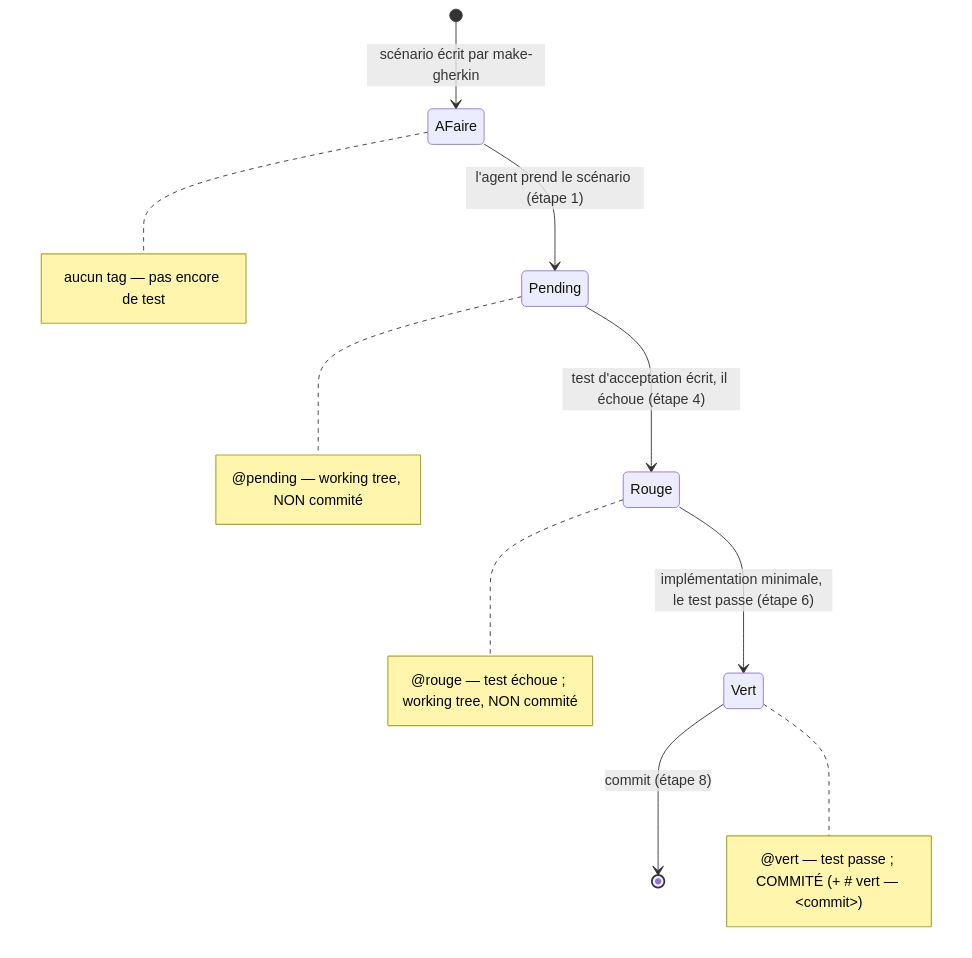
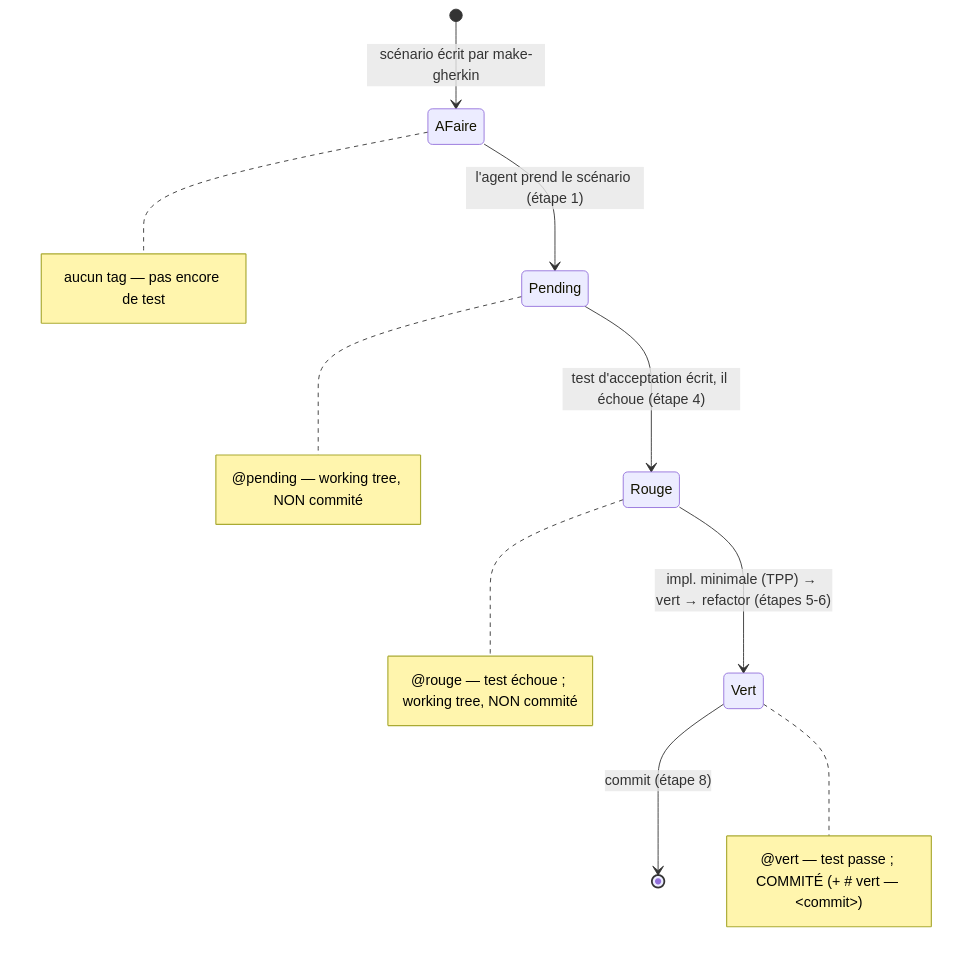
The diagram in .claude/skills/tdd-implement/SKILL.md (Lustaaa/planning-de-garde), drawn with Mermaid before and after one commit. The commit also changed other lines of this file and 4 other files, not shown here.

````diff
--- a/.claude/skills/tdd-implement/SKILL.md
+++ b/.claude/skills/tdd-implement/SKILL.md
@@ -96,21 +210,21 @@
 ```mermaid
 stateDiagram-v2
     [*] --> AFaire : scénario écrit par make-gherkin
     AFaire --> Pending : l'agent prend le scénario (étape 1)
     Pending --> Rouge : test d'acceptation écrit, il échoue (étape 4)
-    Rouge --> Vert : implémentation minimale, le test passe (étape 6)
+    Rouge --> Vert : impl. minimale (TPP) → vert → refactor (étapes 5-6)
     Vert --> [*] : commit (étape 8)
 
     note right of AFaire
         aucun tag — pas encore de test
     end note
     note right of Pending
         @pending — working tree, NON commité
     end note
     note right of Rouge
         @rouge — test échoue ; working tree, NON commité
     end note
     note right of Vert
         @vert — test passe ; COMMITÉ (+ # vert — &lt;commit&gt;)
     end note
 ```
````
